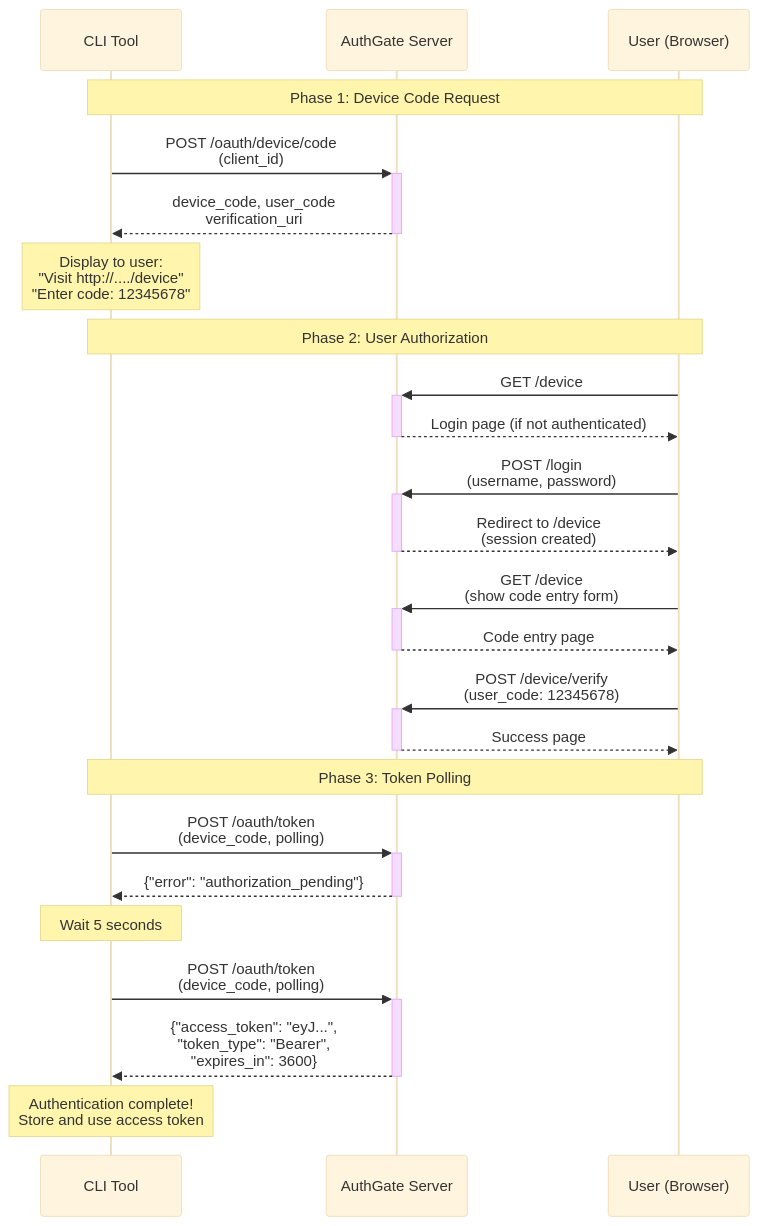
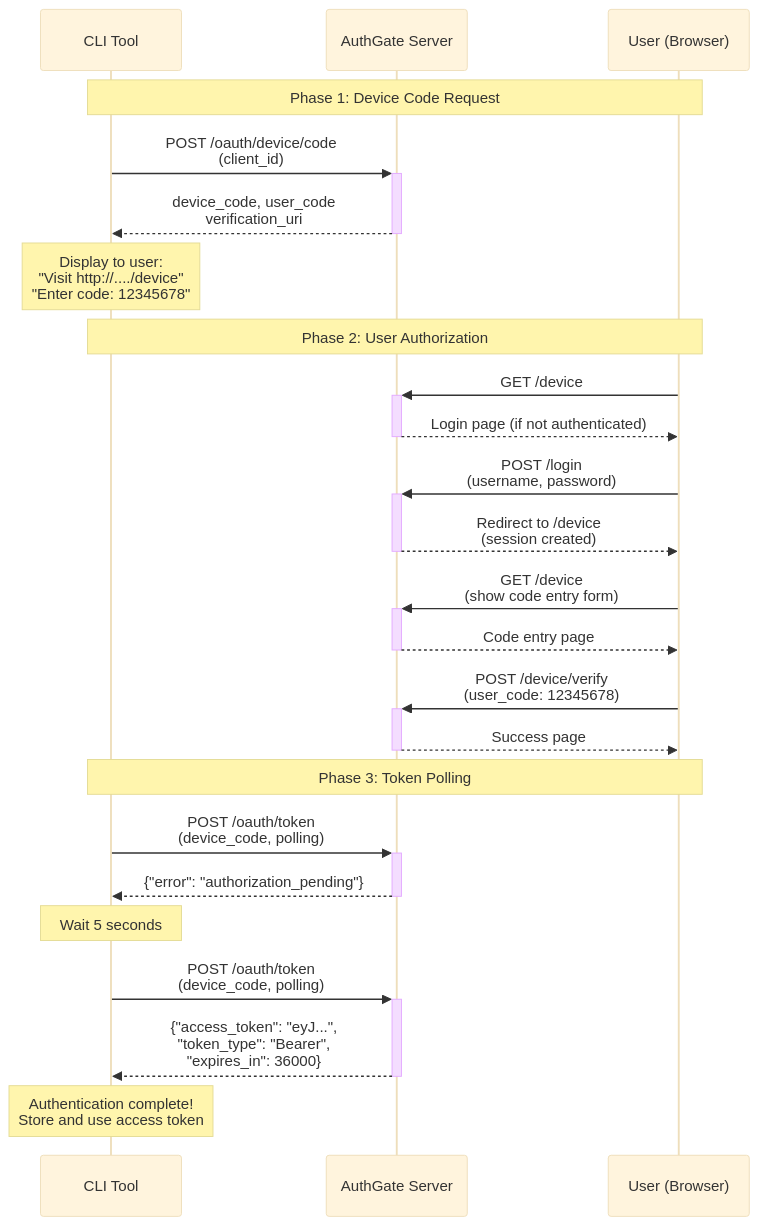
The diagram in docs/ARCHITECTURE.md (appleboy/authgate), drawn with Mermaid (base theme) before and after one commit. The commit also changed other lines of this file and 21 other files, not shown here.

First line of the commit message:
fix(cache): add missing token cache invalidation and access token expiry jitter (#136)

````diff
--- a/docs/ARCHITECTURE.md
+++ b/docs/ARCHITECTURE.md
@@ -109,36 +109,36 @@
 ```mermaid
 sequenceDiagram
     participant CLI as CLI Tool
     participant AuthGate as AuthGate Server
     participant User as User (Browser)
 
     Note over CLI,User: Phase 1: Device Code Request
     CLI->>+AuthGate: POST /oauth/device/code<br/>(client_id)
     AuthGate-->>-CLI: device_code, user_code<br/>verification_uri
 
     Note over CLI: Display to user:<br/>"Visit http://..../device"<br/>"Enter code: 12345678"
 
     Note over CLI,User: Phase 2: User Authorization
     User->>+AuthGate: GET /device
     AuthGate-->>-User: Login page (if not authenticated)
 
     User->>+AuthGate: POST /login<br/>(username, password)
     AuthGate-->>-User: Redirect to /device<br/>(session created)
 
     User->>+AuthGate: GET /device<br/>(show code entry form)
     AuthGate-->>-User: Code entry page
 
     User->>+AuthGate: POST /device/verify<br/>(user_code: 12345678)
     AuthGate-->>-User: Success page
 
     Note over CLI,User: Phase 3: Token Polling
     CLI->>+AuthGate: POST /oauth/token<br/>(device_code, polling)
     AuthGate-->>-CLI: {"error": "authorization_pending"}
 
     Note over CLI: Wait 5 seconds
 
     CLI->>+AuthGate: POST /oauth/token<br/>(device_code, polling)
-    AuthGate-->>-CLI: {"access_token": "eyJ...",<br/>"token_type": "Bearer",<br/>"expires_in": 3600}
+    AuthGate-->>-CLI: {"access_token": "eyJ...",<br/>"token_type": "Bearer",<br/>"expires_in": 36000}
 
     Note over CLI: Authentication complete!<br/>Store and use access token
 ```
````
